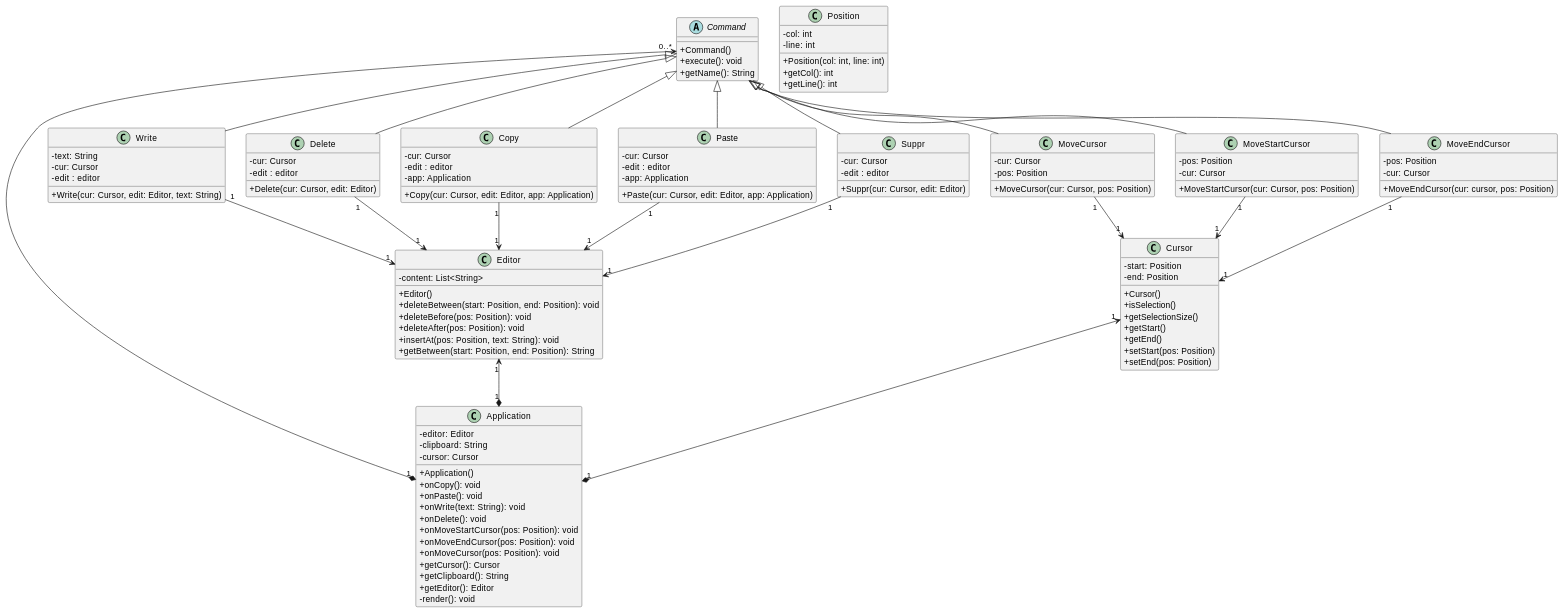
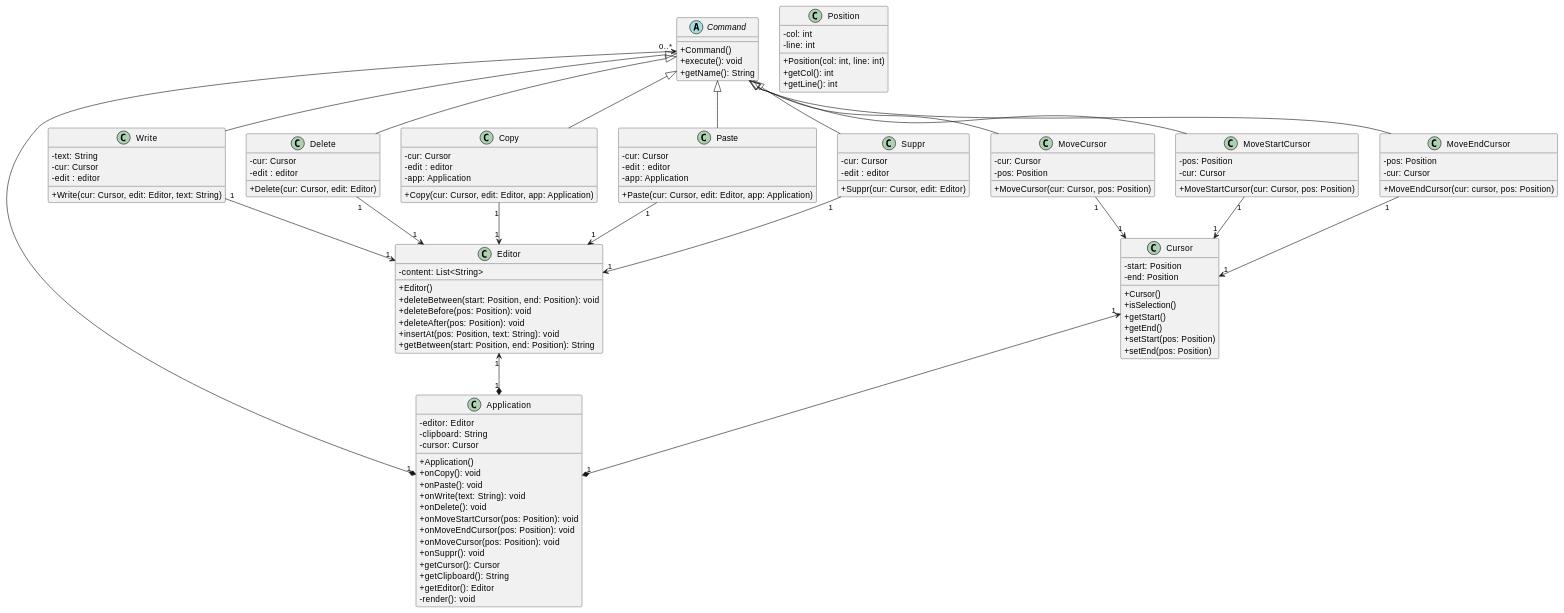
Before and after one commit to CodyAdam/another-useless-text-editor: the first of 3 diagrams in README.md, drawn with PlantUML.

Commit message:
fix: missing suppr and remove select size

```diff
--- a/README.md
+++ b/README.md
@@ -61,6 +61,7 @@
         +onMoveStartCursor(pos: Position): void
         +onMoveEndCursor(pos: Position): void
         +onMoveCursor(pos: Position): void
+        +onSuppr(): void
         +getCursor(): Cursor
         +getClipboard(): String
         +getEditor(): Editor
@@ -78,7 +79,6 @@
         -end: Position
         +Cursor()
         +isSelection()
-        +getSelectionSize()
         +getStart()
         +getEnd()
         +setStart(pos: Position)
```
